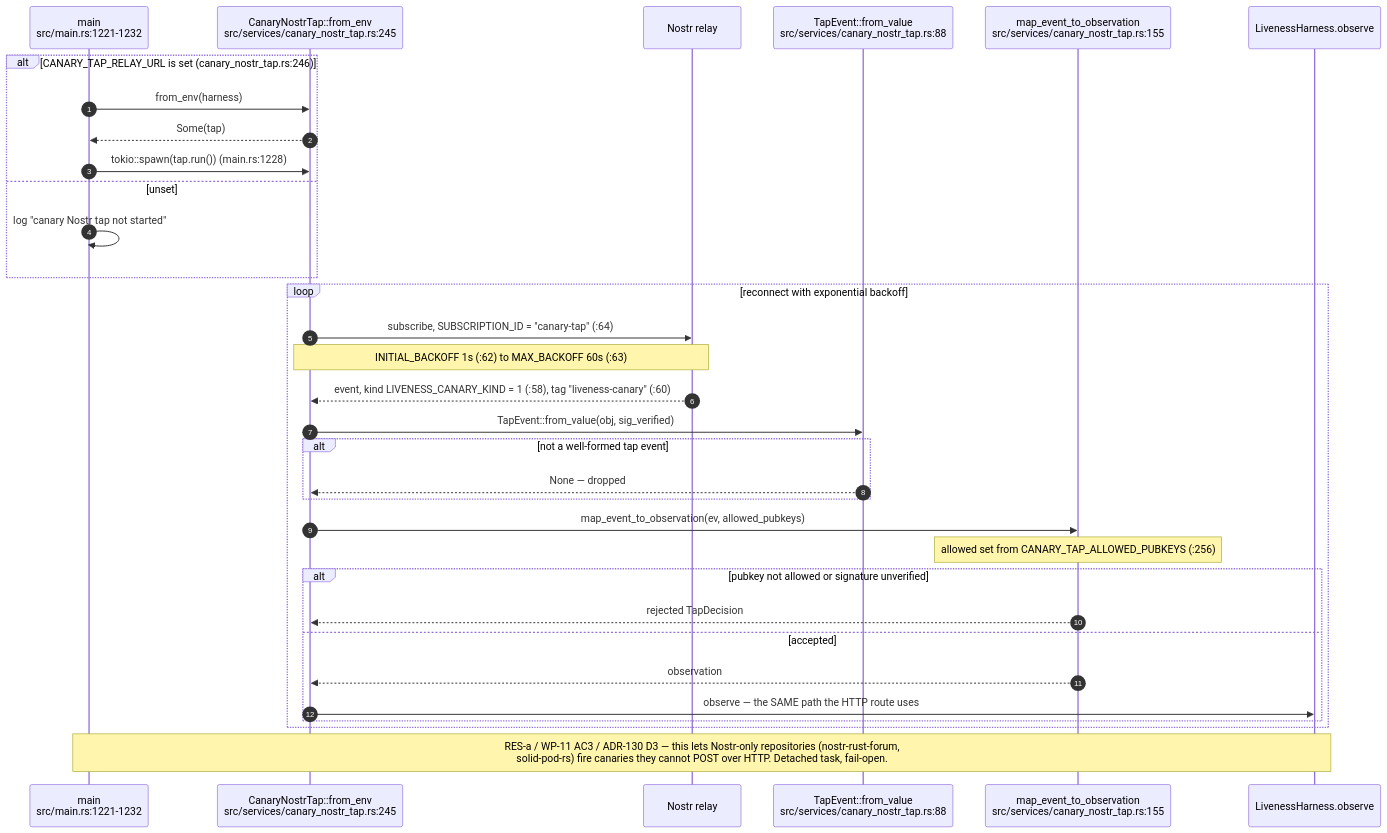
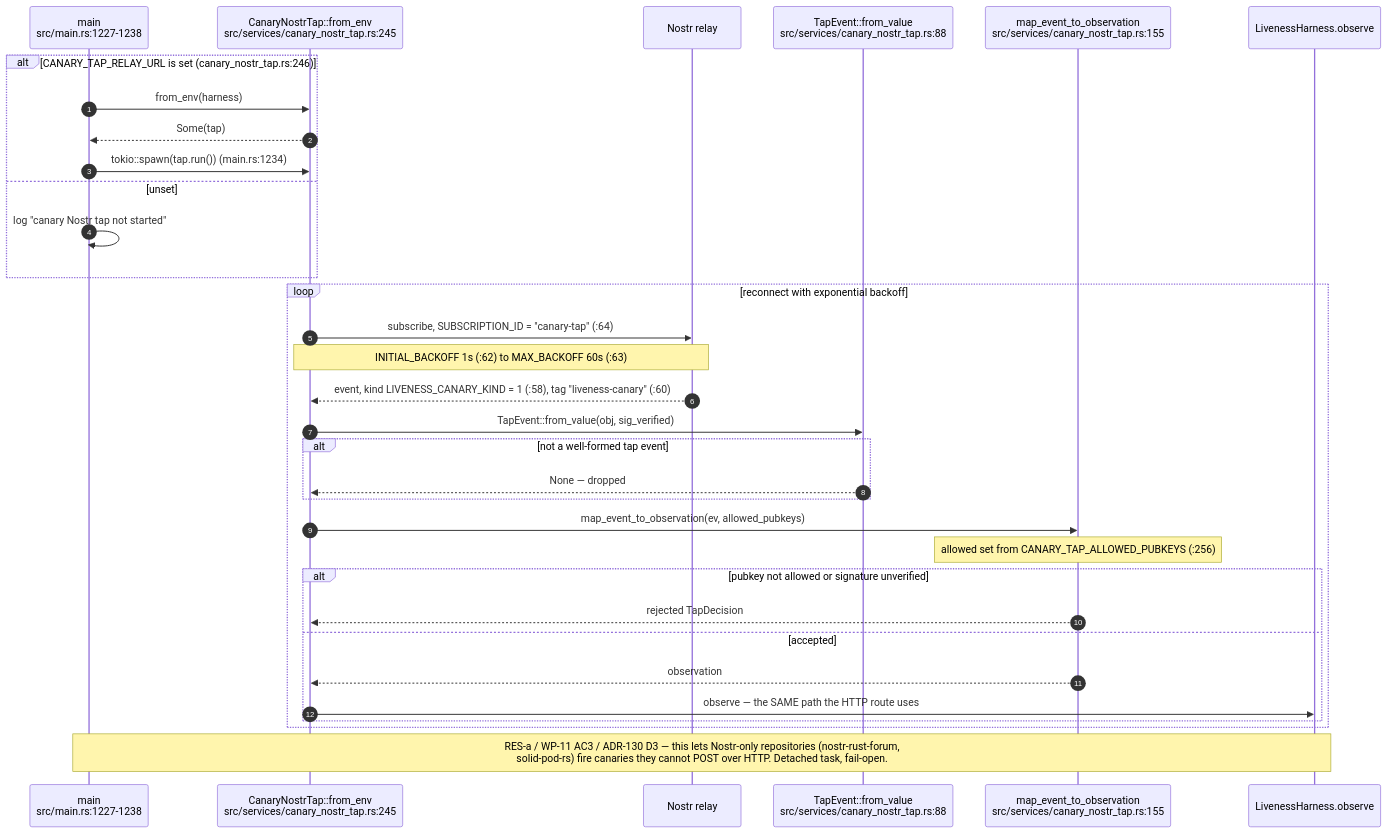
Before and after one commit to DreamLab-AI/VisionFlow: the fifth of 12 diagrams in docs/diagrams/visionclaw/08-observability-health-and-dev-loop.md, drawn with Mermaid. The commit also changed other lines of this file and 32 other files, not shown here.

````diff
--- a/docs/diagrams/visionclaw/08-observability-health-and-dev-loop.md
+++ b/docs/diagrams/visionclaw/08-observability-health-and-dev-loop.md
@@ -149,36 +150,36 @@
 ```mermaid
 sequenceDiagram
     autonumber
-    participant M as main<br/>src/main.rs:1221-1232
+    participant M as main<br/>src/main.rs:1227-1238
     participant T as CanaryNostrTap::from_env<br/>src/services/canary_nostr_tap.rs:245
     participant R as Nostr relay
     participant E as TapEvent::from_value<br/>src/services/canary_nostr_tap.rs:88
     participant D as map_event_to_observation<br/>src/services/canary_nostr_tap.rs:155
     participant LH as LivenessHarness.observe
 
     alt CANARY_TAP_RELAY_URL is set (canary_nostr_tap.rs:246)
         M->>T: from_env(harness)
         T-->>M: Some(tap)
-        M->>T: tokio::spawn(tap.run()) (main.rs:1228)
+        M->>T: tokio::spawn(tap.run()) (main.rs:1234)
     else unset
         M->>M: log "canary Nostr tap not started"
     end
     loop reconnect with exponential backoff
         T->>R: subscribe, SUBSCRIPTION_ID = "canary-tap" (:64)
         Note over T,R: INITIAL_BACKOFF 1s (:62) to MAX_BACKOFF 60s (:63)
         R-->>T: event, kind LIVENESS_CANARY_KIND = 1 (:58), tag "liveness-canary" (:60)
         T->>E: TapEvent::from_value(obj, sig_verified)
         alt not a well-formed tap event
             E-->>T: None — dropped
         end
         T->>D: map_event_to_observation(ev, allowed_pubkeys)
         Note over D: allowed set from CANARY_TAP_ALLOWED_PUBKEYS (:256)
         alt pubkey not allowed or signature unverified
             D-->>T: rejected TapDecision
         else accepted
             D-->>T: observation
             T->>LH: observe — the SAME path the HTTP route uses
         end
     end
     Note over M,LH: RES-a / WP-11 AC3 / ADR-130 D3 — this lets Nostr-only repositories (nostr-rust-forum,<br/>solid-pod-rs) fire canaries they cannot POST over HTTP. Detached task, fail-open.
 ```
````
